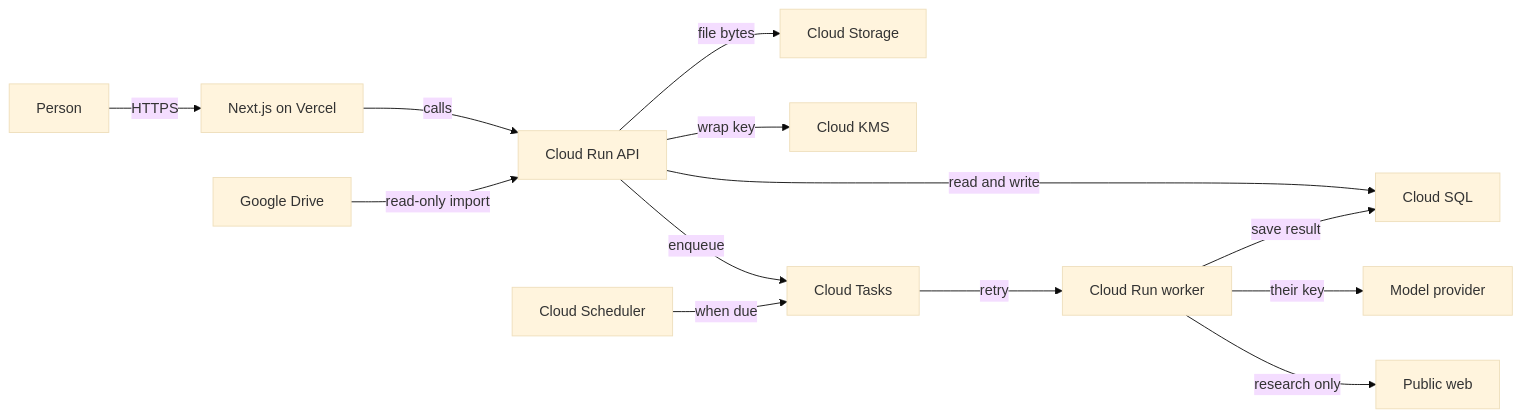
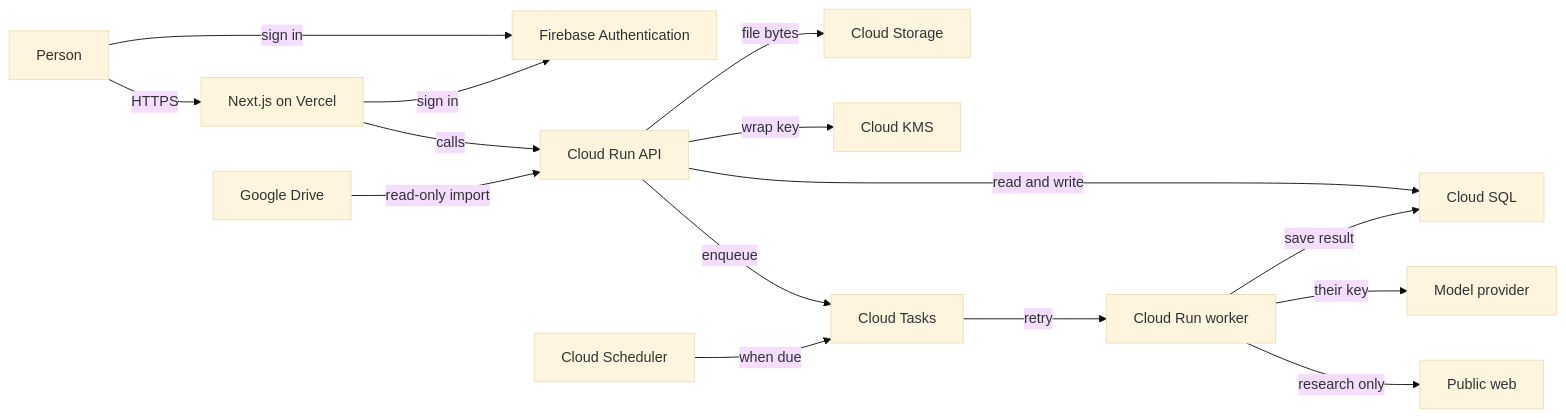
One commit to khamseaffan/Folio changed the diagram in docs/architecture.md. Above: the diagram before and after it, drawn with Mermaid (base theme). The commit also changed other lines of this file and 5 other files, not shown here.

Commit message:
Hold sign-in in Firebase Authentication.

````diff
--- a/docs/architecture.md
+++ b/docs/architecture.md
@@ -5,28 +5,31 @@
 ```mermaid
 flowchart LR
   person[Person]
+  firebase["Firebase Authentication"]
   drive["Google Drive"]
   webapp["Next.js on Vercel"]
   api["Cloud Run API"]
   sql["Cloud SQL"]
   storage["Cloud Storage"]
   kms["Cloud KMS"]
   tasks["Cloud Tasks"]
   scheduler["Cloud Scheduler"]
   worker["Cloud Run worker"]
   model["Model provider"]
   publicweb["Public web"]
 
   person -->|HTTPS| webapp
+  person -->|sign in| firebase
+  webapp -->|sign in| firebase
   webapp -->|calls| api
   drive -->|"read-only import"| api
   api -->|"read and write"| sql
   api -->|"file bytes"| storage
   api -->|"wrap key"| kms
   api -->|enqueue| tasks
   scheduler -->|"when due"| tasks
   tasks -->|retry| worker
   worker -->|"their key"| model
   worker -->|"research only"| publicweb
   worker -->|"save result"| sql
 ```
````
